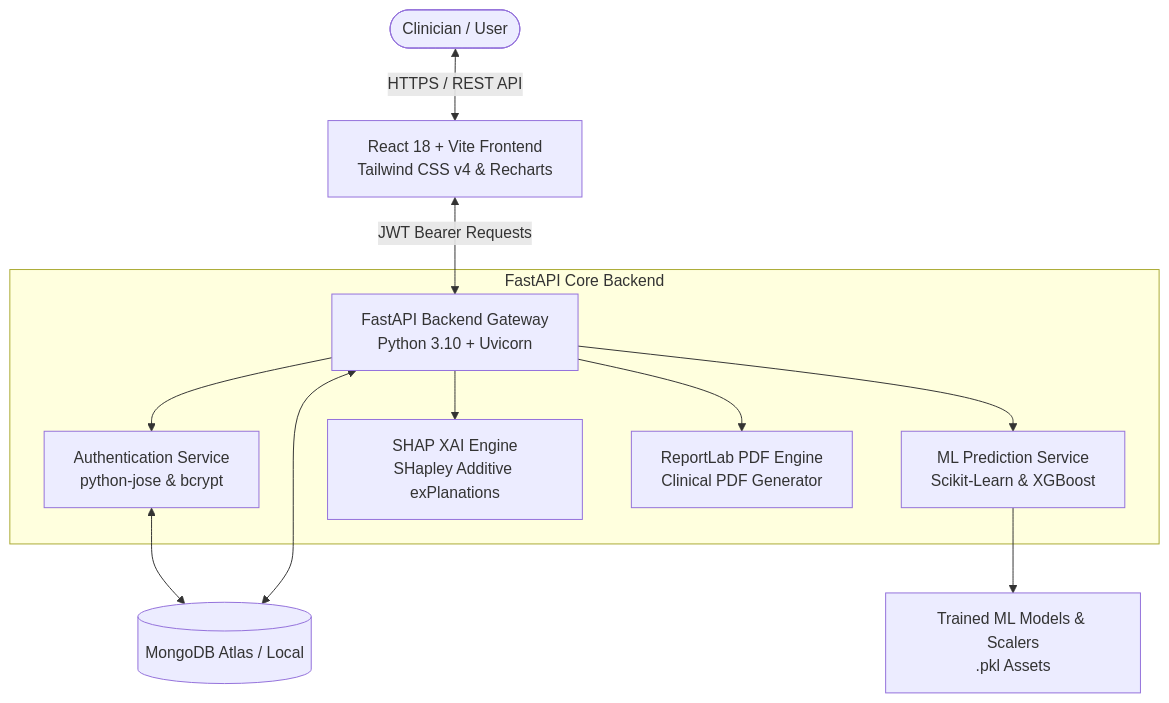
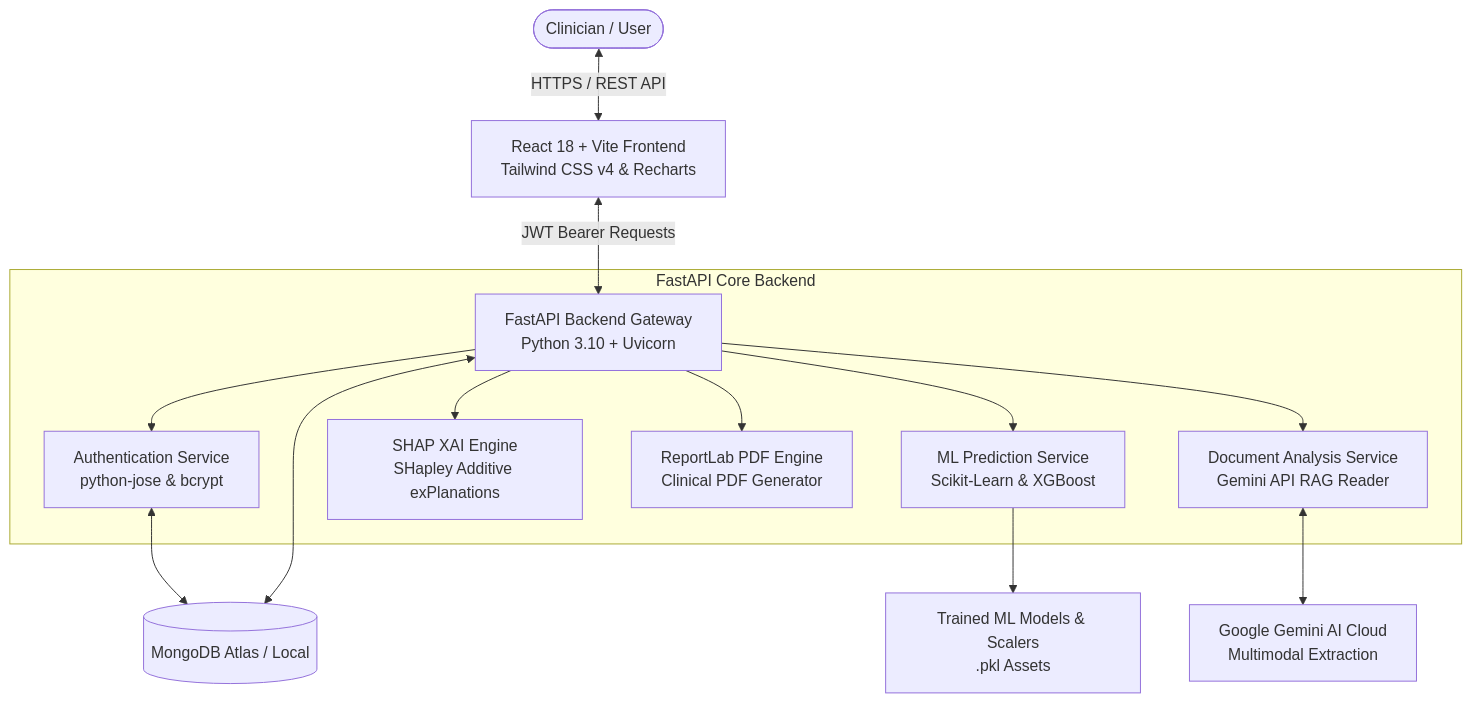
Before and after one commit to iotalord21/MediVision-AI: the diagram in README.md, drawn with Mermaid. The commit also changed other lines of this file and 15 other files, not shown here.

````diff
--- a/README.md
+++ b/README.md
@@ -72,16 +74,18 @@
 ```mermaid
 graph TD
     User([Clinician / User]) <-->|HTTPS / REST API| Frontend[React 18 + Vite Frontend\nTailwind CSS v4 & Recharts]
     Frontend <-->|JWT Bearer Requests| Gateway[FastAPI Backend Gateway\nPython 3.10 + Uvicorn]
     
     subgraph FastAPI Core Backend
         Gateway --> AuthSvc[Authentication Service\npython-jose & bcrypt]
         Gateway --> PredSvc[ML Prediction Service\nScikit-Learn & XGBoost]
         Gateway --> SHAPSvc[SHAP XAI Engine\nSHapley Additive exPlanations]
         Gateway --> PDFSvc[ReportLab PDF Engine\nClinical PDF Generator]
+        Gateway --> DocSvc[Document Analysis Service\nGemini API RAG Reader]
     end
 
     AuthSvc <--> Mongo[(MongoDB Atlas / Local)]
     PredSvc --> SavedModels[Trained ML Models & Scalers\n.pkl Assets]
     Gateway <--> Mongo
+    DocSvc <--> GeminiCloud[Google Gemini AI Cloud\nMultimodal Extraction]
 ```
````
